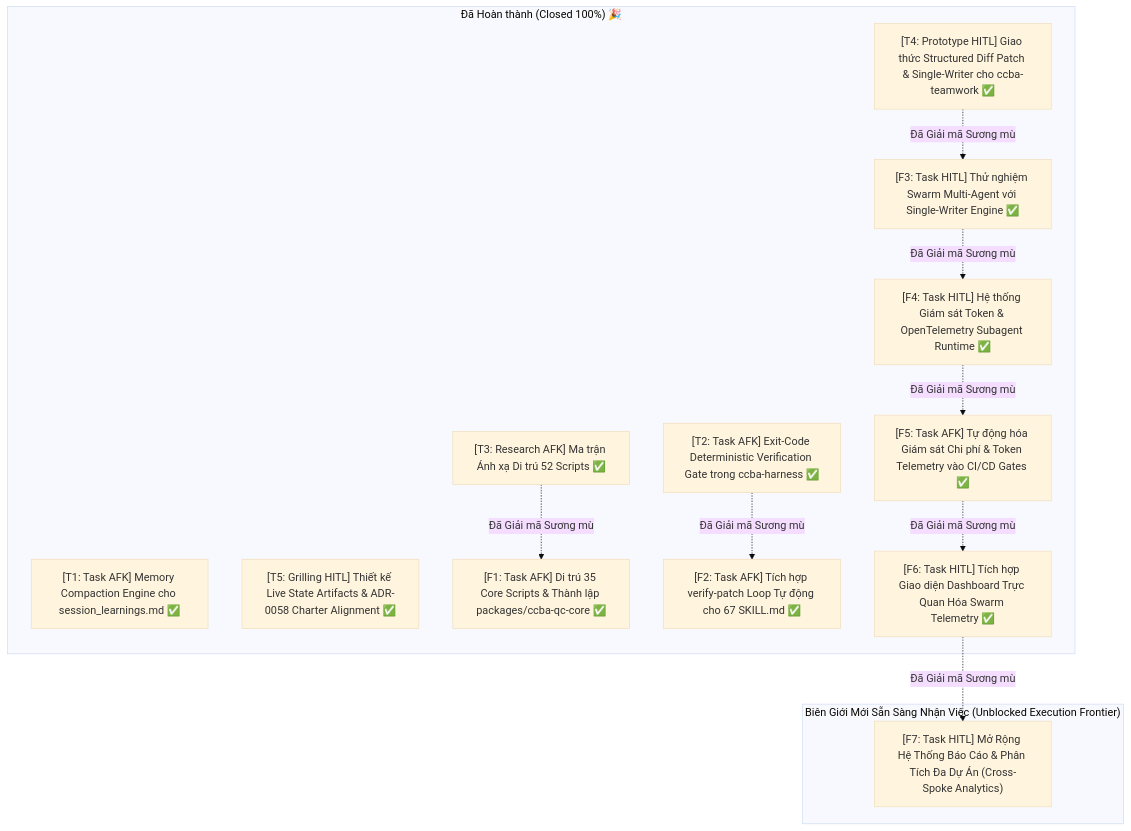
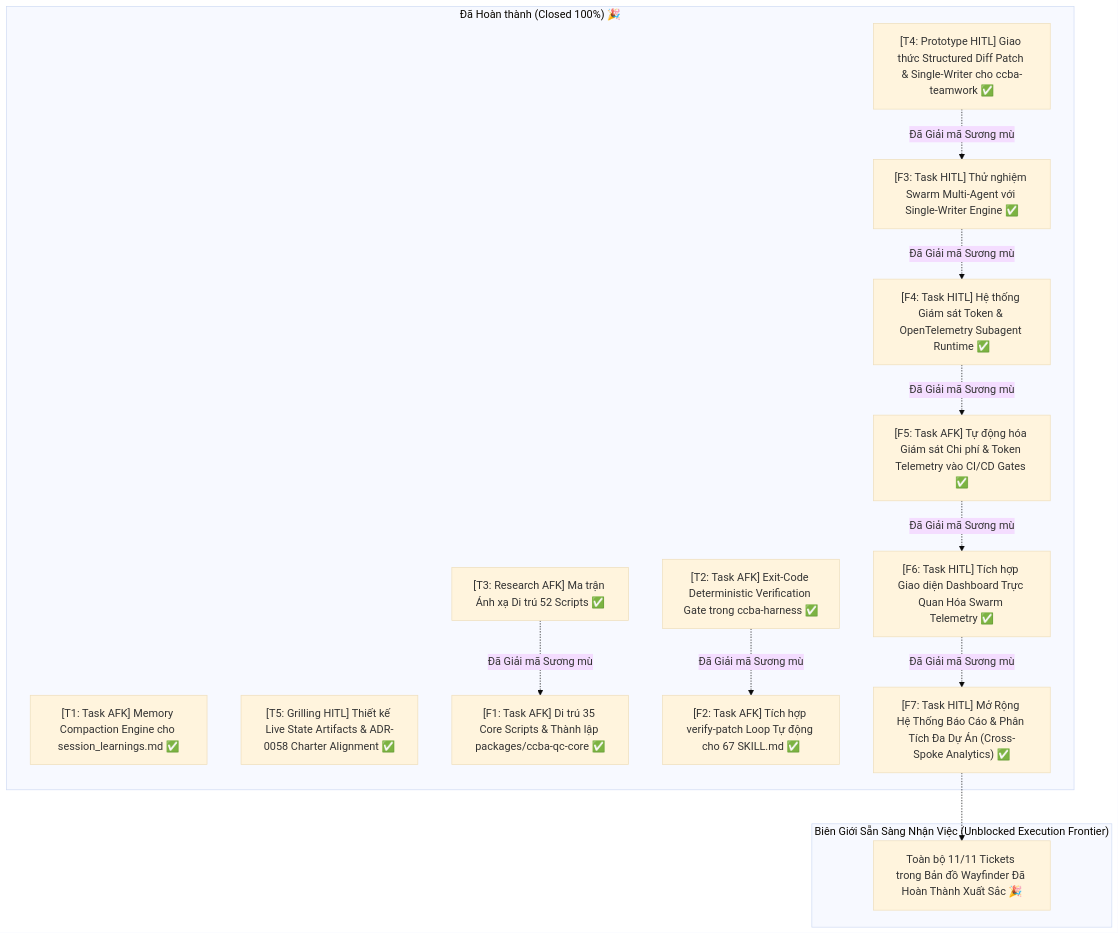
Before and after one commit to vvChu/ccba-agent-platform: the diagram in .md/wayfinder/ccba-upgrade-roadmap/map.md, drawn with Mermaid (base theme). The commit also changed other lines of this file and 7 other files, not shown here.

Commit message:
feat(fleet): implement cross-spoke analytics engine and enterprise fleet dashboard

````diff
--- a/.md/wayfinder/ccba-upgrade-roadmap/map.md
+++ b/.md/wayfinder/ccba-upgrade-roadmap/map.md
@@ -124,28 +138,30 @@
 ```mermaid
 flowchart TD
     subgraph Done ["Đã Hoàn thành (Closed 100%) 🎉"]
         T1["[T1: Task AFK] Memory Compaction Engine cho session_learnings.md ✅"]
         T2["[T2: Task AFK] Exit-Code Deterministic Verification Gate trong ccba-harness ✅"]
         T3["[T3: Research AFK] Ma trận Ánh xạ Di trú 52 Scripts ✅"]
         T4["[T4: Prototype HITL] Giao thức Structured Diff Patch & Single-Writer cho ccba-teamwork ✅"]
         T5["[T5: Grilling HITL] Thiết kế Live State Artifacts & ADR-0058 Charter Alignment ✅"]
         F1["[F1: Task AFK] Di trú 35 Core Scripts & Thành lập packages/ccba-qc-core ✅"]
         F2["[F2: Task AFK] Tích hợp verify-patch Loop Tự động cho 67 SKILL.md ✅"]
         F3["[F3: Task HITL] Thử nghiệm Swarm Multi-Agent với Single-Writer Engine ✅"]
         F4["[F4: Task HITL] Hệ thống Giám sát Token & OpenTelemetry Subagent Runtime ✅"]
         F5["[F5: Task AFK] Tự động hóa Giám sát Chi phí & Token Telemetry vào CI/CD Gates ✅"]
         F6["[F6: Task HITL] Tích hợp Giao diện Dashboard Trực Quan Hóa Swarm Telemetry ✅"]
+        F7["[F7: Task HITL] Mở Rộng Hệ Thống Báo Cáo & Phân Tích Đa Dự Án (Cross-Spoke Analytics) ✅"]
     end
 
-    subgraph Frontier ["Biên Giới Mới Sẵn Sàng Nhận Việc (Unblocked Execution Frontier)"]
-        F7["[F7: Task HITL] Mở Rộng Hệ Thống Báo Cáo & Phân Tích Đa Dự Án (Cross-Spoke Analytics)"]
+    subgraph Frontier ["Biên Giới Sẵn Sàng Nhận Việc (Unblocked Execution Frontier)"]
+        DoneAll["Toàn bộ 11/11 Tickets trong Bản đồ Wayfinder Đã Hoàn Thành Xuất Sắc 🎉"]
     end
 
     T3 -.->|Đã Giải mã Sương mù| F1
     T2 -.->|Đã Giải mã Sương mù| F2
     T4 -.->|Đã Giải mã Sương mù| F3
     F3 -.->|Đã Giải mã Sương mù| F4
     F4 -.->|Đã Giải mã Sương mù| F5
     F5 -.->|Đã Giải mã Sương mù| F6
     F6 -.->|Đã Giải mã Sương mù| F7
+    F7 -.-> DoneAll
 ```
````
